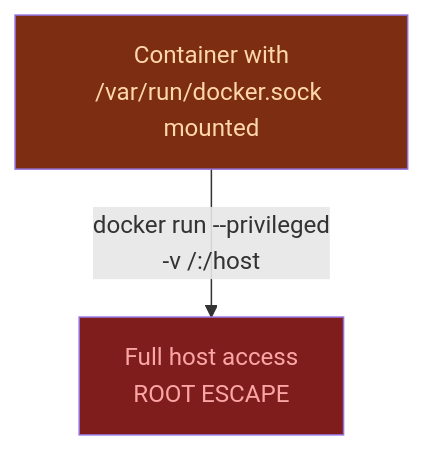
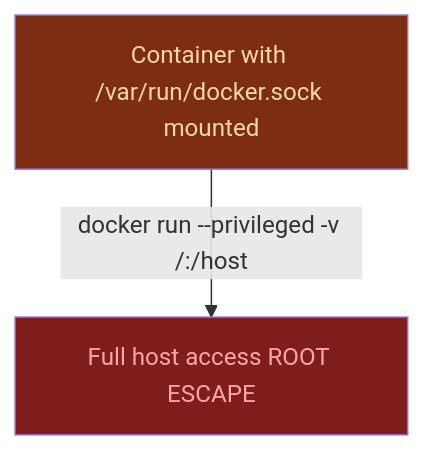
The third of 7 diagrams in 17_docker_to_k3s/04_docker_gotchas.md (UncleJS/course_k3s), drawn with Mermaid before and after one commit. The commit also changed other lines of this file and 57 other files, not shown here.

````diff
--- a/17_docker_to_k3s/04_docker_gotchas.md
+++ b/17_docker_to_k3s/04_docker_gotchas.md
@@ -157,6 +157,6 @@
 ```mermaid
 flowchart TD
-    A[Container with\n/var/run/docker.sock mounted] -->|docker run --privileged\n-v /:/host| B[Full host access\nROOT ESCAPE]
+    A[Container with /var/run/docker.sock mounted] -->|docker run --privileged -v /:/host| B[Full host access ROOT ESCAPE]
     style A fill:#7c2d12,color:#fed7aa
     style B fill:#7f1d1d,color:#fca5a5
 ```
````
